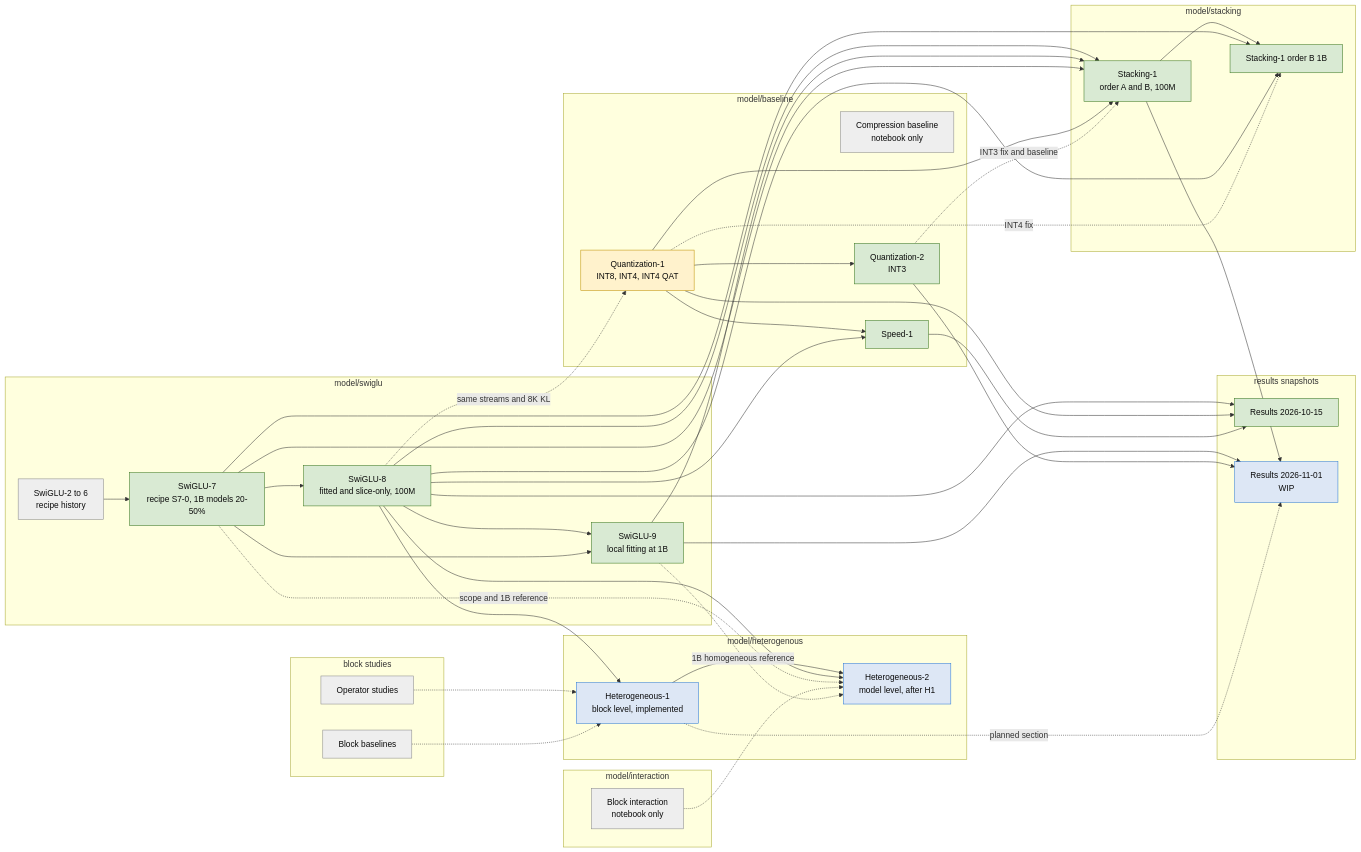
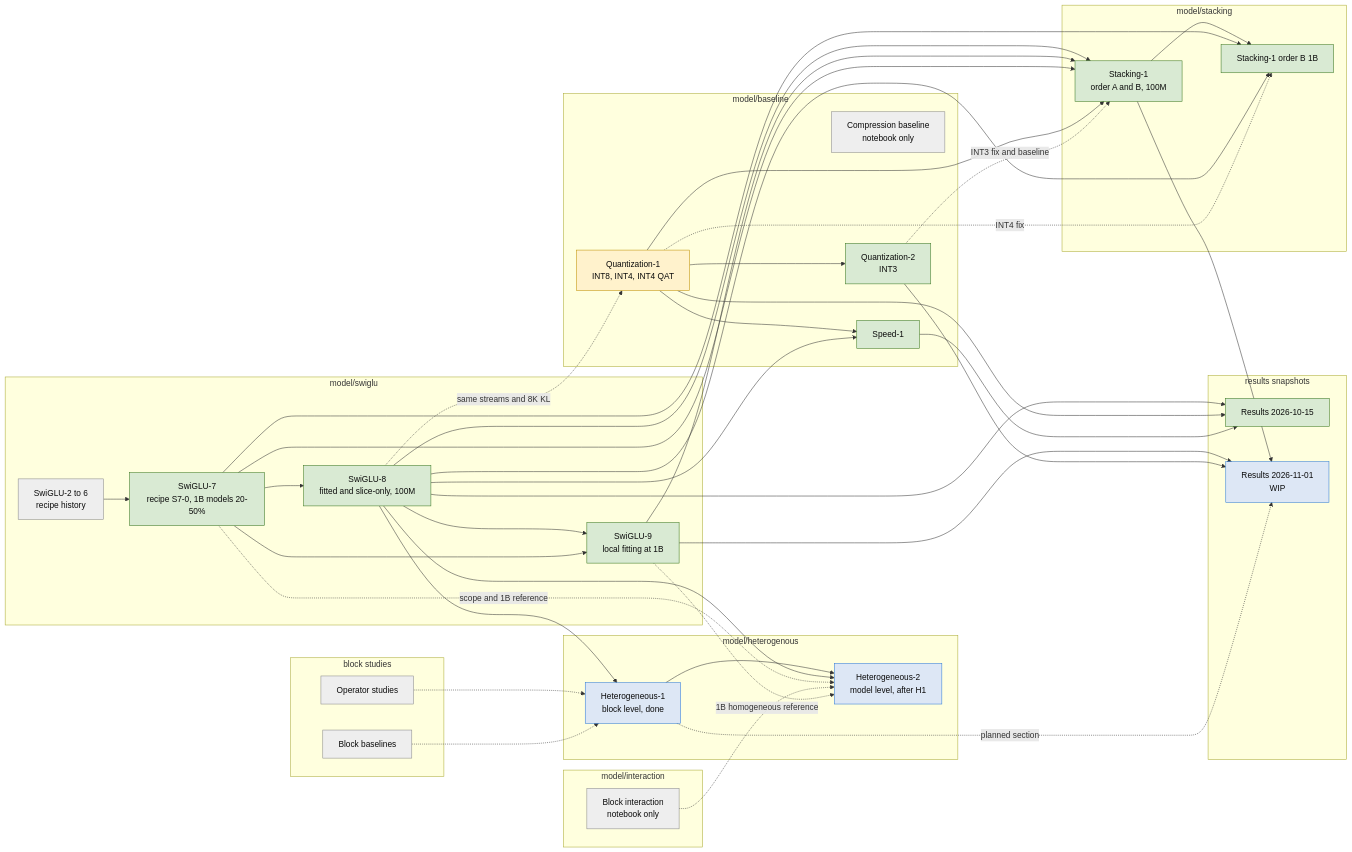
The second of 2 diagrams in docs/experiments/dependencies.md (Sammuel21/diploma-thesis-block-replacement), drawn with Mermaid before and after one commit. The commit also changed other lines of this file and 6 other files, not shown here.

````diff
--- a/docs/experiments/dependencies.md
+++ b/docs/experiments/dependencies.md
@@ -30,71 +30,71 @@
 ```mermaid
 flowchart LR
   classDef done fill:#d9ead3,stroke:#38761d,color:#0b0b0b
   classDef running fill:#fff2cc,stroke:#bf9000,color:#0b0b0b
   classDef planned fill:#dde7f5,stroke:#2a78d6,color:#0b0b0b
   classDef historical fill:#eeeeee,stroke:#888888,color:#0b0b0b
 
   subgraph block[block studies]
     BB[Block baselines]
     BO[Operator studies]
   end
   subgraph swiglu[model/swiglu]
     S26[SwiGLU-2 to 6<br/>recipe history] --> S7[SwiGLU-7<br/>recipe S7-0, 1B models 20-50%]
     S7 --> S8[SwiGLU-8<br/>fitted and slice-only, 100M]
     S8 --> S9[SwiGLU-9<br/>local fitting at 1B]
     S7 --> S9
   end
   subgraph baseline[model/baseline]
     CB[Compression baseline<br/>notebook only]
     Q1[Quantization-1<br/>INT8, INT4, INT4 QAT]
     Q2[Quantization-2<br/>INT3]
     SP1[Speed-1]
     Q1 --> Q2
   end
   subgraph stacking[model/stacking]
     ST1[Stacking-1<br/>order A and B, 100M]
     ST1B[Stacking-1 order B 1B]
     ST1 --> ST1B
   end
   subgraph interaction[model/interaction]
     BI[Block interaction<br/>notebook only]
   end
   subgraph hetero[model/heterogenous]
-    H1[Heterogeneous-1<br/>block level, implemented] --> H2[Heterogeneous-2<br/>model level, after H1]
+    H1[Heterogeneous-1<br/>block level, done] --> H2[Heterogeneous-2<br/>model level, after H1]
   end
   subgraph reports[results snapshots]
     R1[Results 2026-10-15]
     R2[Results 2026-11-01<br/>WIP]
   end
 
   S8 -. same streams and 8K KL .-> Q1
   S8 --> ST1
   S9 --> ST1
   S7 --> ST1
   Q1 --> ST1
   Q2 -. INT3 fix and baseline .-> ST1
   S7 --> ST1B
   S8 --> ST1B
   Q1 -. INT4 fix .-> ST1B
   Q1 --> SP1
   S8 --> SP1
   BO -.-> H1
   BB -.-> H1
   S8 --> H1
   S8 --> H2
   S7 -. scope and 1B reference .-> H2
   BI -.-> H2
   S9 -. 1B homogeneous reference .-> H2
   S8 --> R1
   Q1 --> R1
   SP1 --> R1
   S9 --> R2
   ST1 --> R2
   Q2 --> R2
   H1 -. planned section .-> R2
 
   class S7,S8,S9,Q2,SP1,R1,ST1,ST1B done
   class Q1 running
   class H1,H2,R2 planned
   class S26,BB,BO,CB,BI historical
 ```
````
